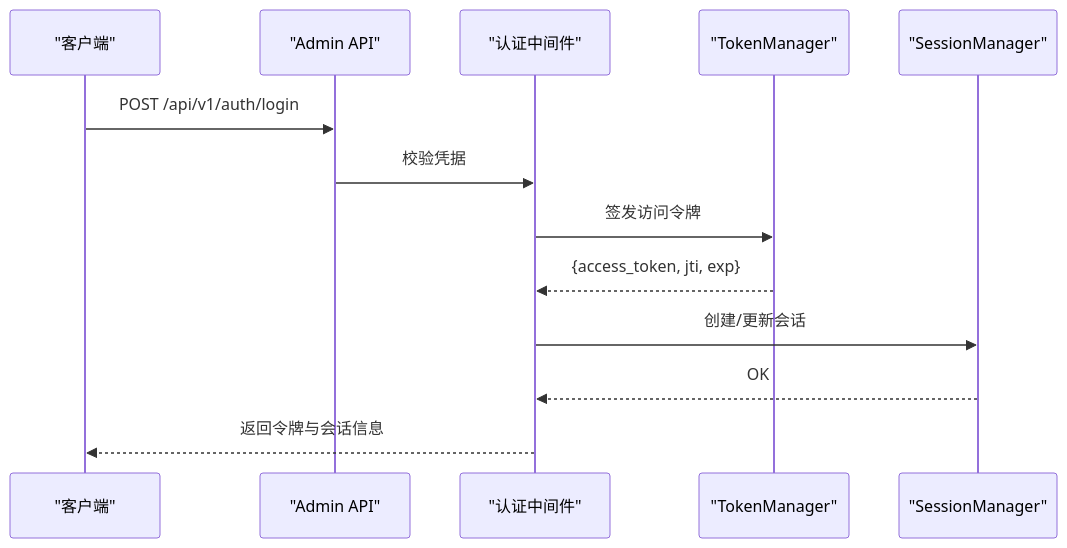
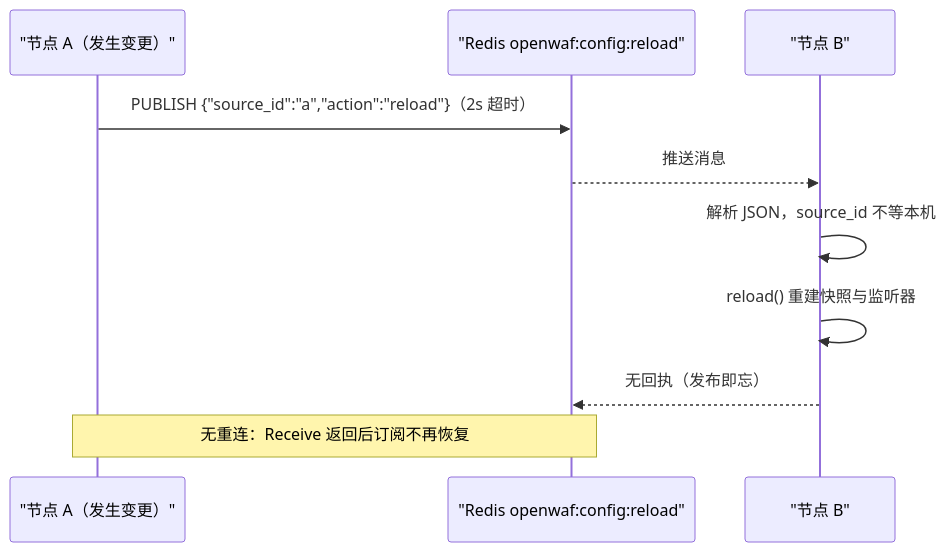
One commit to x01n/My-OpenWaf changed the third of 9 diagrams in docs/扩展与插件系统/第三方集成/第三方集成.md. Above: the diagram before and after it, drawn with Mermaid. The commit also changed other lines of this file and 622 other files, not shown here.

````diff
--- a/docs/扩展与插件系统/第三方集成/第三方集成.md
+++ b/docs/扩展与插件系统/第三方集成/第三方集成.md
@@ -164,15 +276,12 @@
 ```mermaid
 sequenceDiagram
-participant C as "客户端"
-participant A as "Admin API"
-participant Auth as "认证中间件"
-participant T as "TokenManager"
-participant S as "SessionManager"
-C->>A : POST /api/v1/auth/login
-A->>Auth : 校验凭据
-Auth->>T : 签发访问令牌
-T-->>Auth : {access_token, jti, exp}
-Auth->>S : 创建/更新会话
-S-->>Auth : OK
-Auth-->>C : 返回令牌与会话信息
+participant N1 as "节点 A（发生变更）"
+participant R as "Redis openwaf:config:reload"
+participant N2 as "节点 B"
+N1->>R : PUBLISH {"source_id":"a","action":"reload"}（2s 超时）
+R-->>N2 : 推送消息
+N2->>N2 : 解析 JSON，source_id 不等本机
+N2->>N2 : reload() 重建快照与监听器
+N2-->>R : 无回执（发布即忘）
+Note over N1,R : 无重连：Receive 返回后订阅不再恢复
 ```
````
